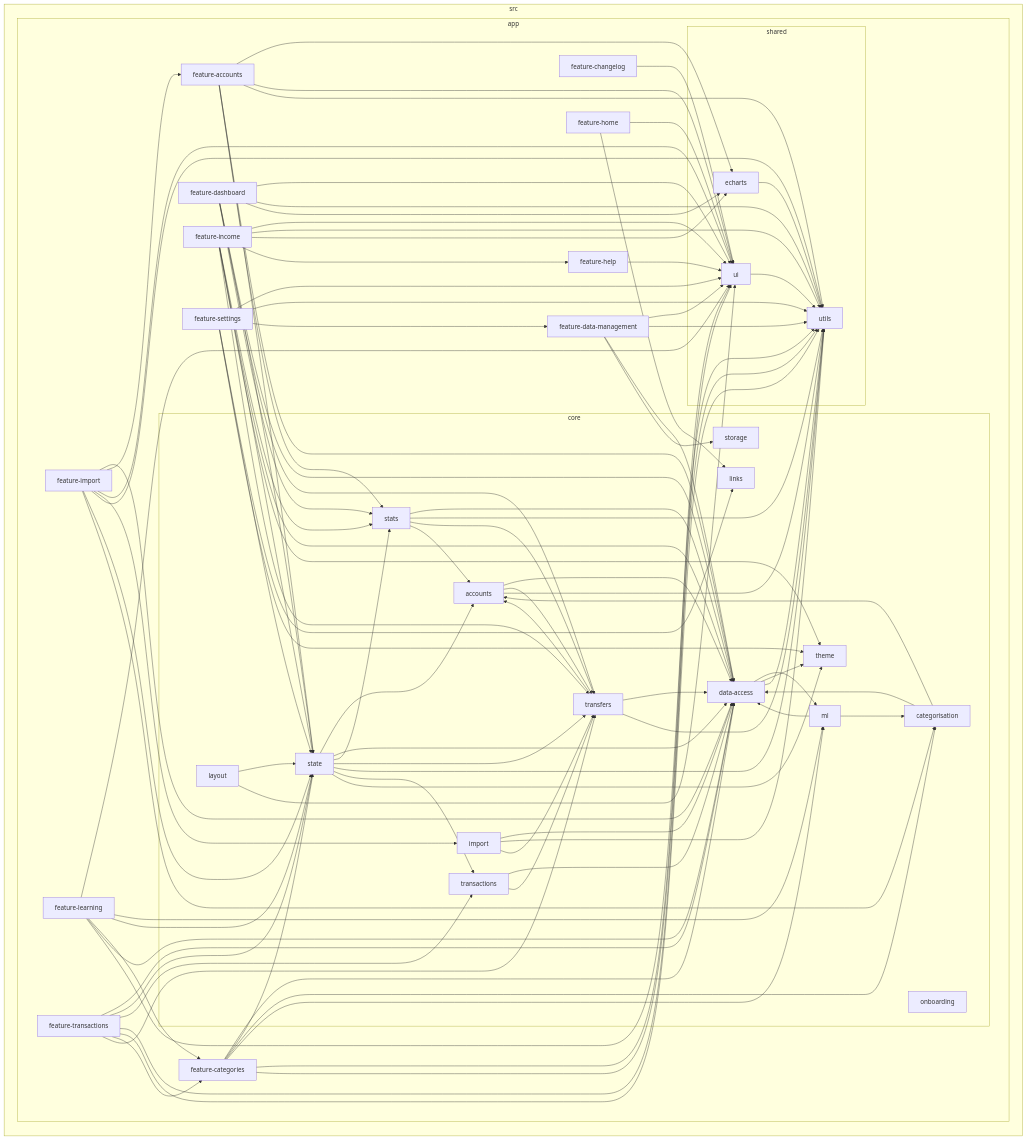
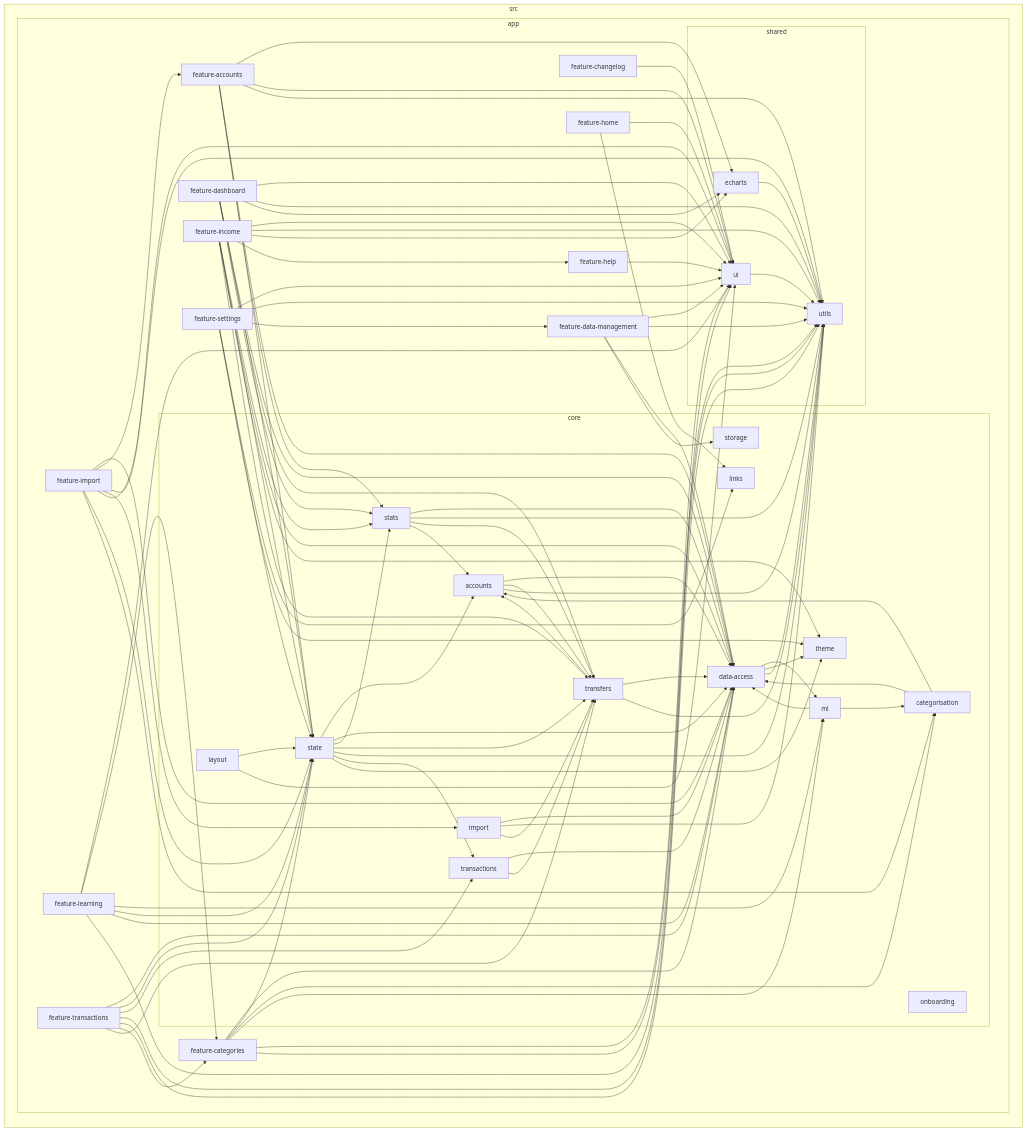
Before and after one commit to kevhauma/money-mosaic-v2: the diagram in reports/dependency-graph.mmd, drawn with Mermaid. The commit also changed other lines of this file and 17 other files, not shown here.

```diff
--- a/reports/dependency-graph.mmd
+++ b/reports/dependency-graph.mmd
@@ -1,134 +1,134 @@
 flowchart LR
 
 subgraph 0["src"]
 subgraph 1["app"]
 subgraph 2["core"]
 3["accounts"]
 4["categorisation"]
 5["data-access"]
 6["import"]
 7["layout"]
 8["links"]
 9["ml"]
 A["onboarding"]
 B["state"]
 C["stats"]
 D["storage"]
 E["theme"]
 F["transactions"]
 G["transfers"]
 end
 H["feature-accounts"]
 I["feature-categories"]
 J["feature-changelog"]
 K["feature-dashboard"]
 L["feature-data-management"]
 M["feature-help"]
 N["feature-home"]
 O["feature-import"]
 P["feature-income"]
 Q["feature-learning"]
 R["feature-settings"]
 S["feature-transactions"]
 subgraph T["shared"]
 U["echarts"]
 V["ui"]
 W["utils"]
 end
 end
 end
 3-->5
 3-->G
 3-->W
 4-->5
 4-->3
 5-->9
 5-->E
 5-->W
 6-->5
 6-->W
 6-->G
 7-->B
 7-->V
 9-->4
 9-->5
 B-->3
 B-->5
 B-->C
 B-->G
 B-->W
 B-->F
 B-->E
 C-->5
 C-->W
 C-->G
 C-->3
 F-->5
 F-->G
 G-->5
 G-->3
 G-->W
 H-->5
 H-->U
 H-->B
 H-->V
 H-->W
 H-->C
 I-->5
 I-->B
 I-->V
 I-->W
 I-->4
 I-->9
 J-->V
 K-->5
 K-->B
 K-->V
 K-->W
 K-->G
 K-->C
 K-->U
 L-->5
 L-->D
 L-->V
 L-->W
 M-->V
 N-->8
 N-->V
 O-->5
 O-->H
 O-->V
 O-->6
 O-->W
 O-->B
 O-->4
 P-->C
 P-->V
 P-->W
 P-->5
 P-->B
 P-->E
 P-->G
 P-->U
 P-->M
 Q-->V
+Q-->I
 Q-->9
 Q-->B
-Q-->I
 Q-->5
 Q-->W
 R-->V
 R-->8
 R-->B
 R-->W
 R-->L
 R-->E
 S-->5
 S-->B
 S-->F
 S-->V
 S-->W
 S-->I
 S-->G
 U-->W
 V-->W
```
